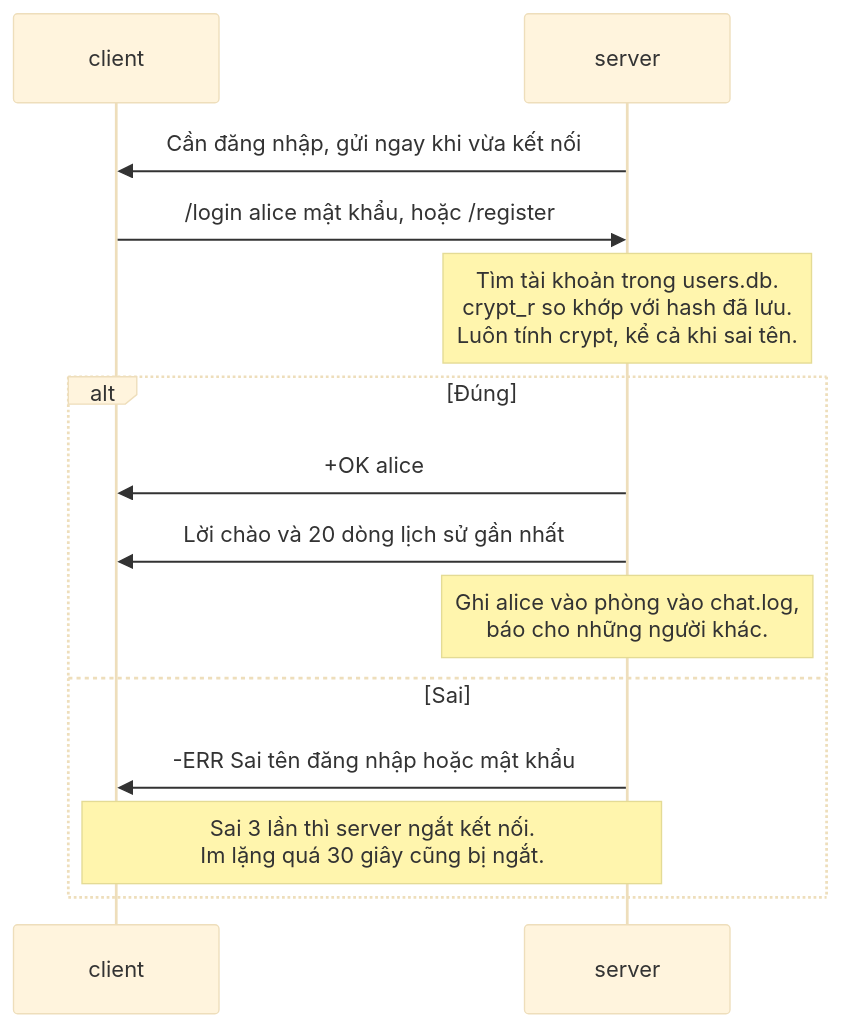
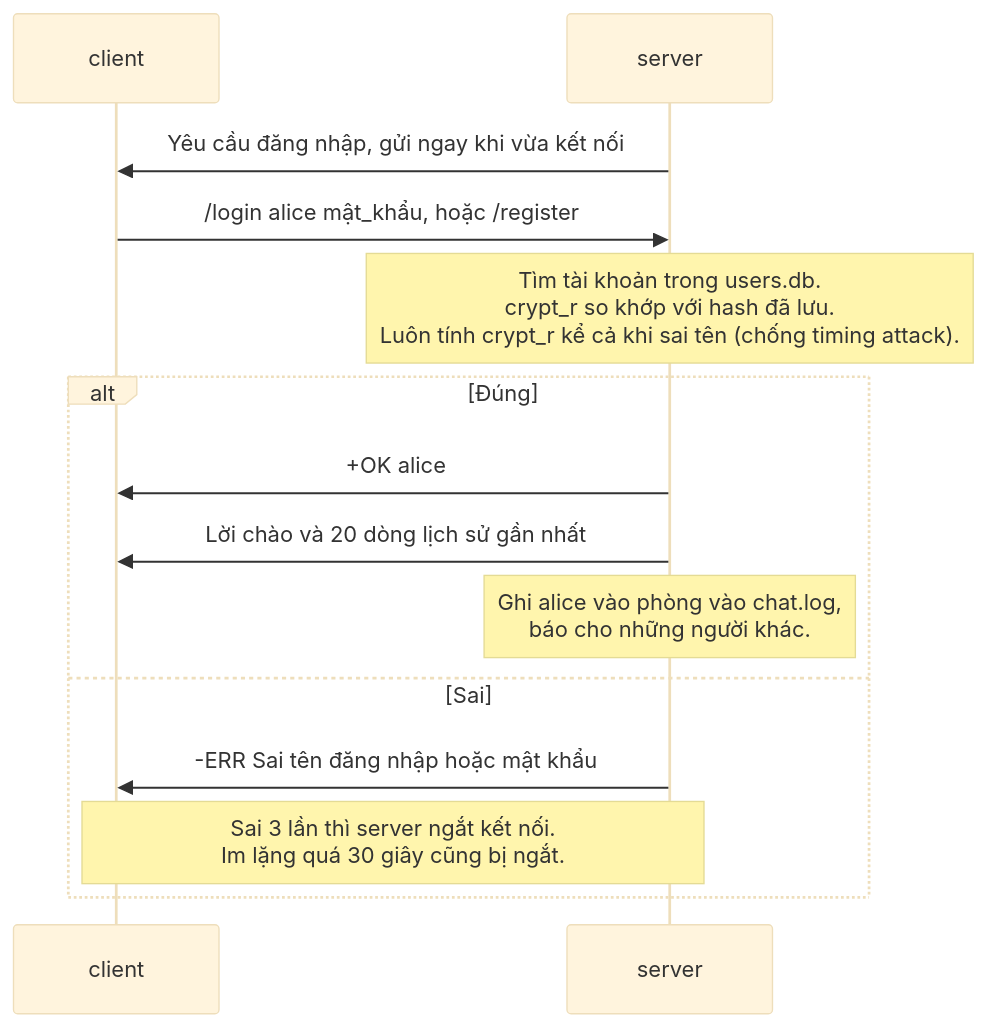
One commit to minhmtp1123-jpg/LTHT_Project changed the fourth of 4 diagrams in README.md. Above: the diagram before and after it, drawn with Mermaid (base theme). The commit also changed other lines of this file, not shown here.

````diff
--- a/README.md
+++ b/README.md
@@ -143,16 +145,16 @@
 ```mermaid
 sequenceDiagram
     participant C as client
     participant S as server
-    S->>C: Cần đăng nhập, gửi ngay khi vừa kết nối
-    C->>S: /login alice mật khẩu, hoặc /register
-    Note over S: Tìm tài khoản trong users.db.<br/>crypt_r so khớp với hash đã lưu.<br/>Luôn tính crypt, kể cả khi sai tên.
+    S->>C: Yêu cầu đăng nhập, gửi ngay khi vừa kết nối
+    C->>S: /login alice mật_khẩu, hoặc /register
+    Note over S: Tìm tài khoản trong users.db.<br/>crypt_r so khớp với hash đã lưu.<br/>Luôn tính crypt_r kể cả khi sai tên (chống timing attack).
     alt Đúng
         S->>C: +OK alice
         S->>C: Lời chào và 20 dòng lịch sử gần nhất
         Note over S: Ghi alice vào phòng vào chat.log,<br/>báo cho những người khác.
     else Sai
         S->>C: -ERR Sai tên đăng nhập hoặc mật khẩu
         Note over C,S: Sai 3 lần thì server ngắt kết nối.<br/>Im lặng quá 30 giây cũng bị ngắt.
     end
 ```
````
